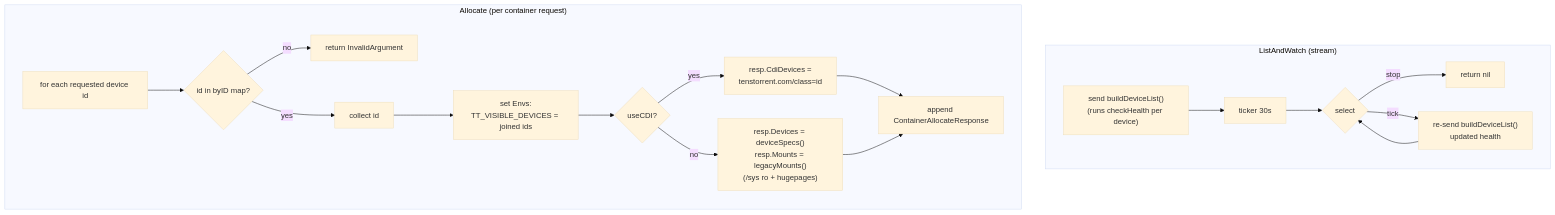
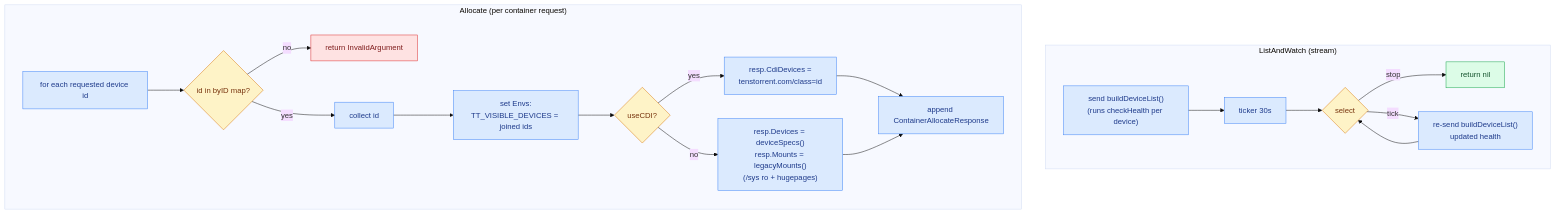
One commit to guhaneswaran/tt-k8s-device-plugin changed the fifth of 7 diagrams in CONTROL_FLOW.md. Above: the diagram before and after it, drawn with Mermaid (base theme). The commit also changed other lines of this file and 1 other file, not shown here.

First line of the commit message:
Enhance diagrams: styled sequence diagram + color-coded flowcharts

````diff
--- a/CONTROL_FLOW.md
+++ b/CONTROL_FLOW.md
@@ -127,24 +206,33 @@
 ```mermaid
 flowchart TD
   subgraph LW["ListAndWatch (stream)"]
     LW0["send buildDeviceList()<br/>(runs checkHealth per device)"]
     LW0 --> TICK["ticker 30s"]
     TICK --> TSEL{"select"}
     TSEL -->|stop| LWEND["return nil"]
     TSEL -->|tick| LWSEND["re-send buildDeviceList()<br/>updated health"]
     LWSEND --> TSEL
   end
 
   subgraph AL["Allocate (per container request)"]
     A0["for each requested device id"]
     A0 --> AV{"id in byID map?"}
     AV -->|no| AERR["return InvalidArgument"]
     AV -->|yes| ACC["collect id"]
     ACC --> AENV["set Envs:<br/>TT_VISIBLE_DEVICES = joined ids"]
     AENV --> AMODE{"useCDI?"}
     AMODE -->|yes| ACDI["resp.CdiDevices =<br/>tenstorrent.com/class=id"]
     AMODE -->|no| ALEG["resp.Devices = deviceSpecs()<br/>resp.Mounts = legacyMounts()<br/>(/sys ro + hugepages)"]
     ACDI --> ADONE["append ContainerAllocateResponse"]
     ALEG --> ADONE
   end
+
+  classDef proc fill:#dbeafe,stroke:#3b82f6,color:#1e3a8a;
+  classDef dec fill:#fef3c7,stroke:#d97706,color:#78350f;
+  classDef good fill:#dcfce7,stroke:#16a34a,color:#14532d;
+  classDef err fill:#fee2e2,stroke:#dc2626,color:#7f1d1d;
+  class LW0,TICK,LWSEND,A0,ACC,AENV,ACDI,ALEG,ADONE proc;
+  class TSEL,AV,AMODE dec;
+  class LWEND good;
+  class AERR err;
 ```
````
